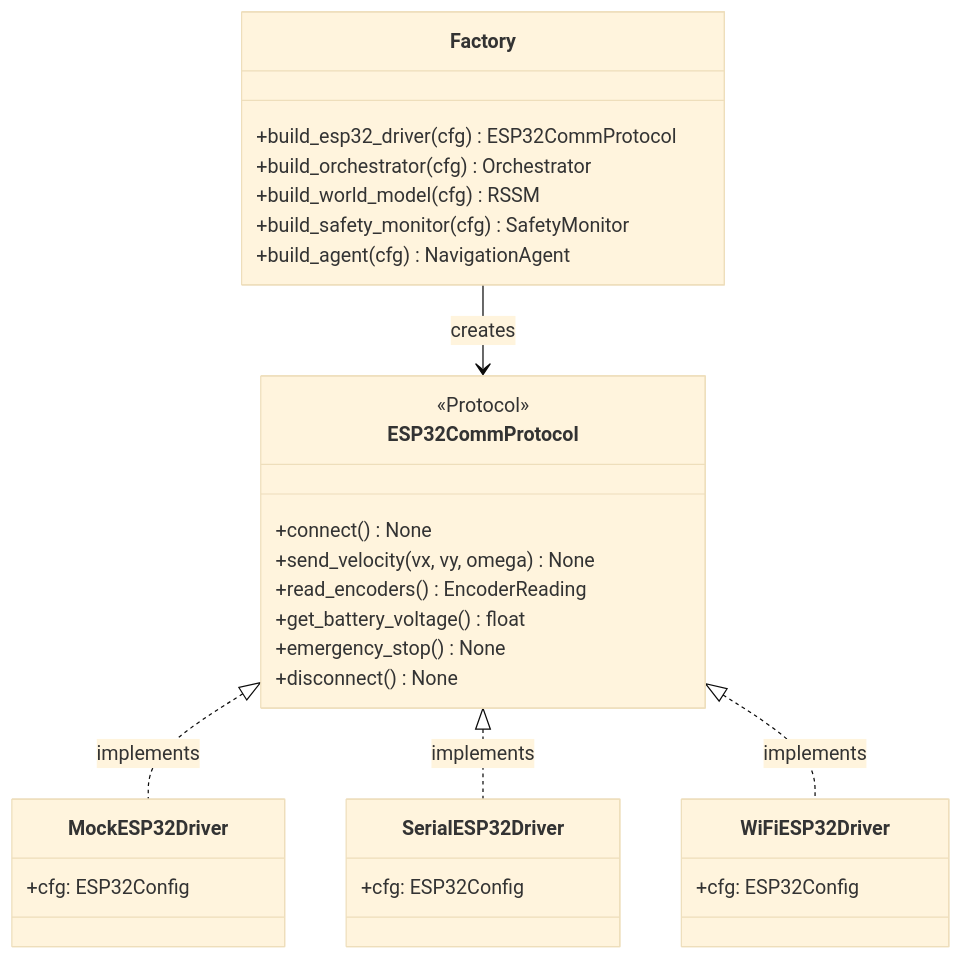
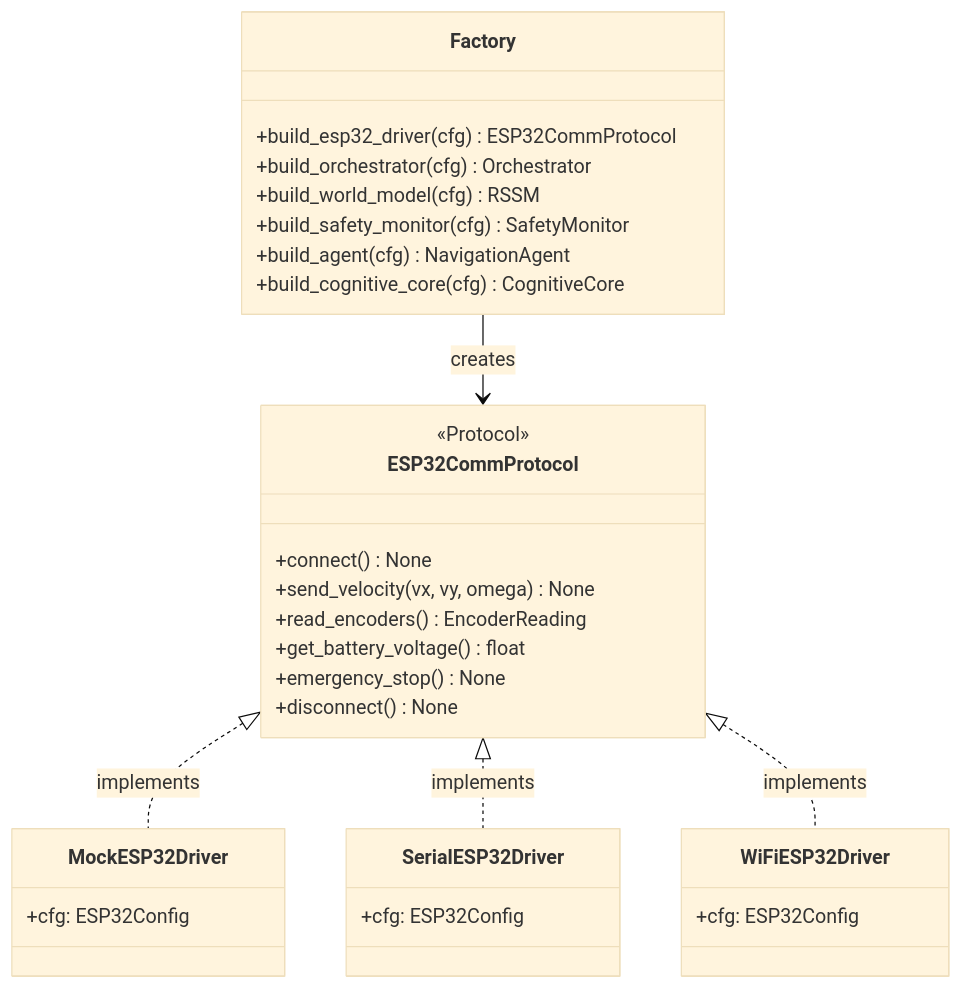
Before and after one commit to ianshank/Mouse-Droid-AGI: the fourth of 8 diagrams in docs/architecture.md, drawn with Mermaid (base theme). The commit also changed other lines of this file and 3 other files, not shown here.

First line of the commit message:
docs: update CHANGELOG, README, architecture, .gitignore for CognitiveCore PR

````diff
--- a/docs/architecture.md
+++ b/docs/architecture.md
@@ -157,33 +157,34 @@
 ```mermaid
 classDiagram
     class ESP32CommProtocol {
         <<Protocol>>
         +connect() None
         +send_velocity(vx, vy, omega) None
         +read_encoders() EncoderReading
         +get_battery_voltage() float
         +emergency_stop() None
         +disconnect() None
     }
     class MockESP32Driver {
         +cfg: ESP32Config
     }
     class SerialESP32Driver {
         +cfg: ESP32Config
     }
     class WiFiESP32Driver {
         +cfg: ESP32Config
     }
     class Factory {
         +build_esp32_driver(cfg) ESP32CommProtocol
         +build_orchestrator(cfg) Orchestrator
         +build_world_model(cfg) RSSM
         +build_safety_monitor(cfg) SafetyMonitor
         +build_agent(cfg) NavigationAgent
+        +build_cognitive_core(cfg) CognitiveCore
     }
 
     ESP32CommProtocol <|.. MockESP32Driver : implements
     ESP32CommProtocol <|.. SerialESP32Driver : implements
     ESP32CommProtocol <|.. WiFiESP32Driver : implements
     Factory --> ESP32CommProtocol : creates
 ```
````
